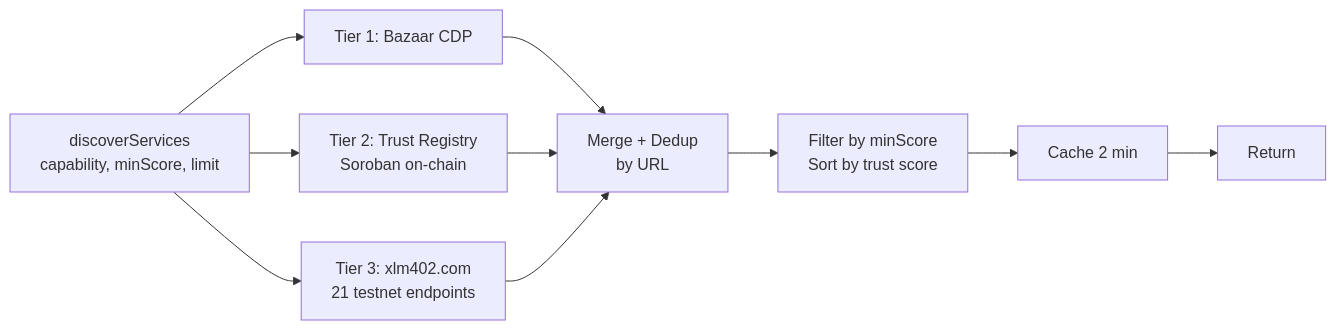
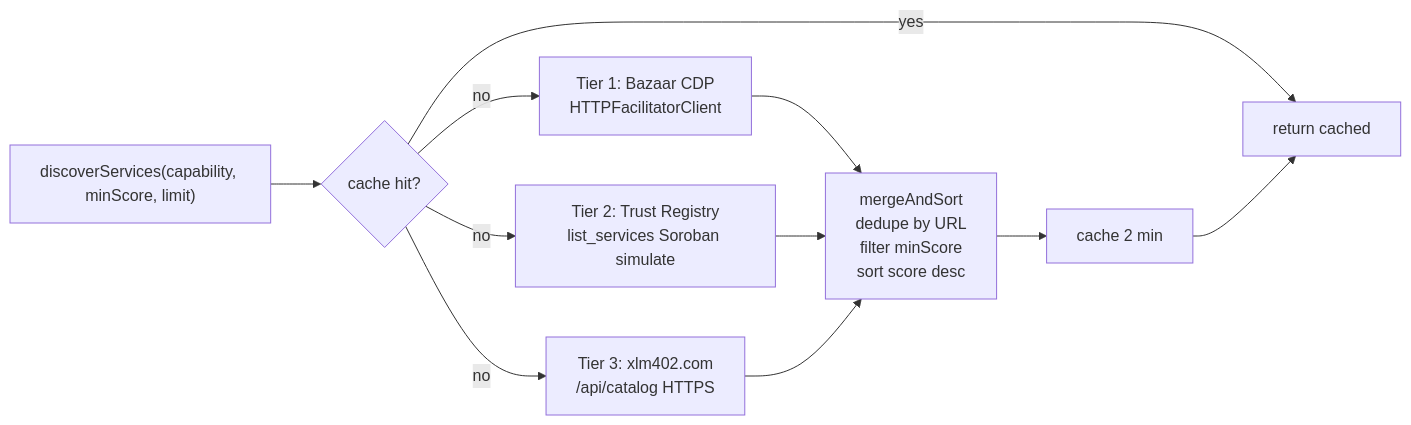
Before and after one commit to Andy00L/x402-autopilot: the fifth of 8 diagrams in ARCHITECTURE.md, drawn with Mermaid. The commit also changed other lines of this file and 90 other files, not shown here.

````diff
--- a/ARCHITECTURE.md
+++ b/ARCHITECTURE.md
@@ -198,12 +233,13 @@
 ```mermaid
 flowchart LR
-    D["discoverServices<br/>capability, minScore, limit"] --> T1["Tier 1: Bazaar CDP"]
-    D --> T2["Tier 2: Trust Registry<br/>Soroban on-chain"]
-    D --> T3["Tier 3: xlm402.com<br/>21 testnet endpoints"]
-    T1 --> M["Merge + Dedup<br/>by URL"]
+    D["discoverServices(capability, minScore, limit)"] --> CACHE{"cache hit?"}
+    CACHE -->|yes| RET["return cached"]
+    CACHE -->|no| T1["Tier 1: Bazaar CDP<br/>HTTPFacilitatorClient"]
+    CACHE -->|no| T2["Tier 2: Trust Registry<br/>list_services Soroban simulate"]
+    CACHE -->|no| T3["Tier 3: xlm402.com<br/>/api/catalog HTTPS"]
+    T1 --> M["mergeAndSort<br/>dedupe by URL<br/>filter minScore<br/>sort score desc"]
     T2 --> M
     T3 --> M
-    M --> S["Filter by minScore<br/>Sort by trust score"]
-    S --> C["Cache 2 min"]
-    C --> R["Return"]
+    M --> SAVE["cache 2 min"]
+    SAVE --> RET
 ```
````
